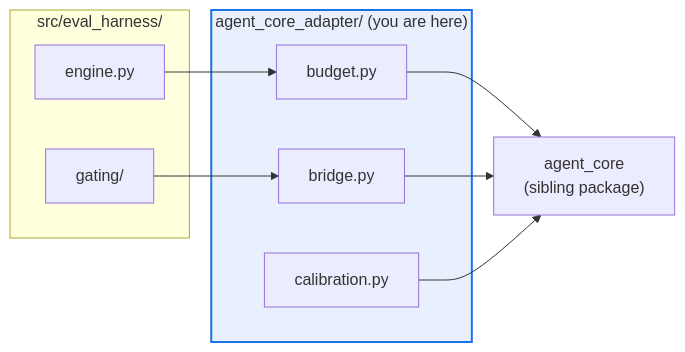
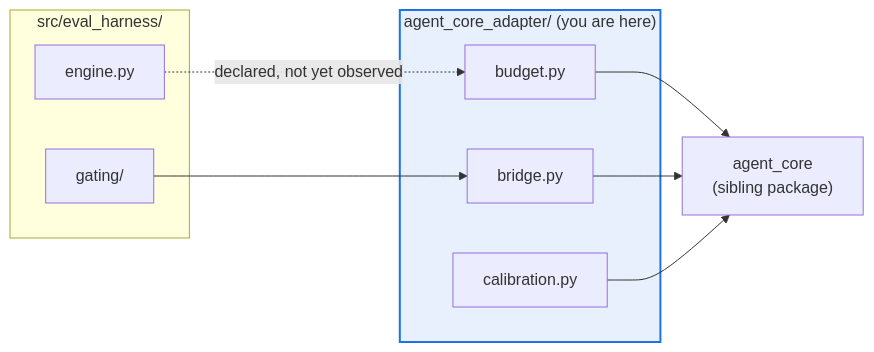
One commit to ianshank/Agents changed the diagram in src/eval_harness/agent_core_adapter/AGENTS.md. Above: the diagram before and after it, drawn with Mermaid. The commit also changed other lines of this file and 7 other files, not shown here.

````diff
--- a/src/eval_harness/agent_core_adapter/AGENTS.md
+++ b/src/eval_harness/agent_core_adapter/AGENTS.md
@@ -19,27 +20,27 @@
 ```mermaid
 flowchart LR
   accTitle: eval_harness to agent-core seam
   accDescr: The adapter package is the only bridge from eval_harness into agent-core, exposing budget, bridge, calibration and gate authorization modules.
 
   subgraph EH["src/eval_harness/"]
     ENG["engine.py"]
     GATE["gating/"]
   end
 
   subgraph AD["agent_core_adapter/ (you are here)"]
     BUD["budget.py"]
     BRI["bridge.py"]
     CAL["calibration.py"]
   end
 
   AC["agent_core<br/>(sibling package)"]
 
-  ENG --> BUD
+  ENG -.declared, not yet observed.-> BUD
   GATE --> BRI
   BUD --> AC
   BRI --> AC
   CAL --> AC
 
   classDef here fill:#e8f0fe,stroke:#1a73e8,stroke-width:2px
   class AD here
 ```
````
